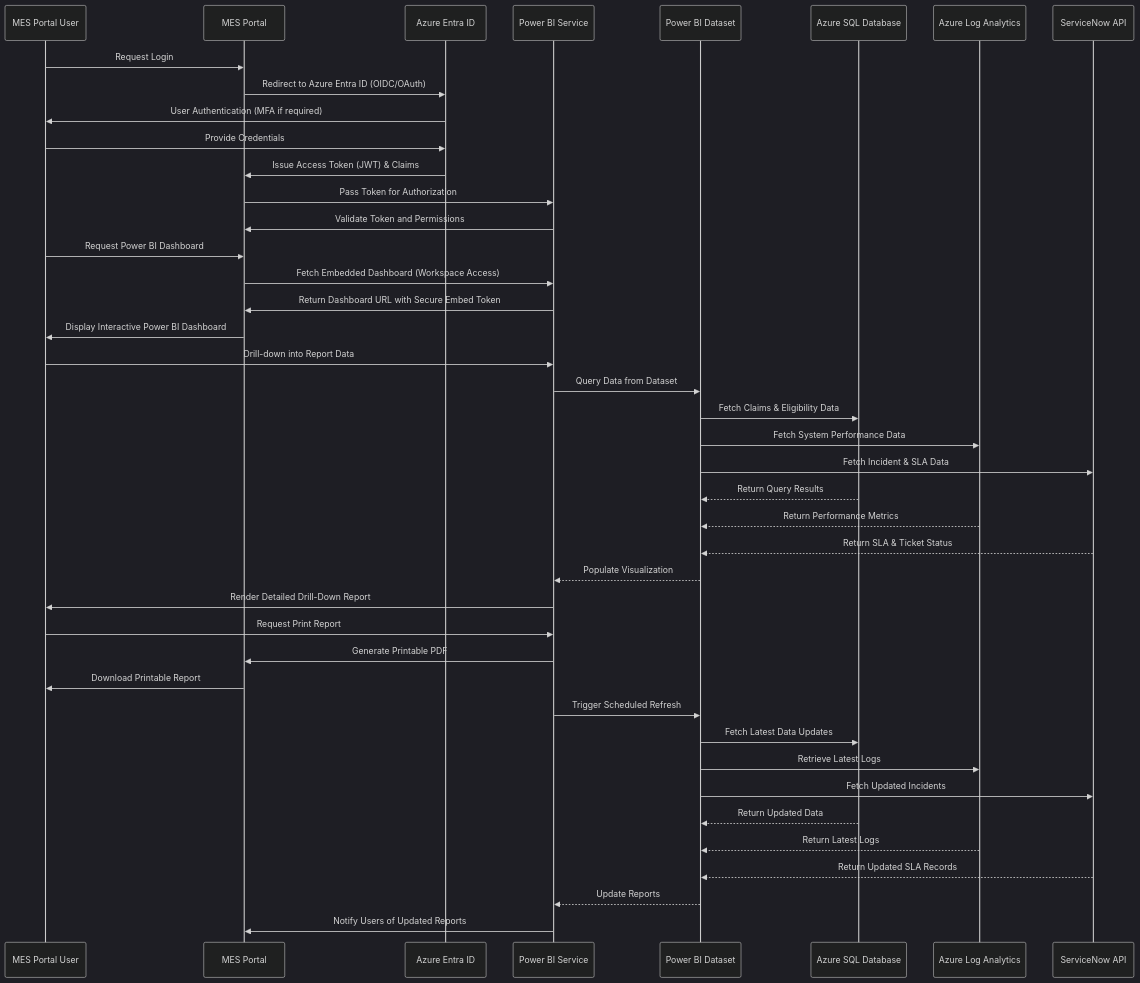
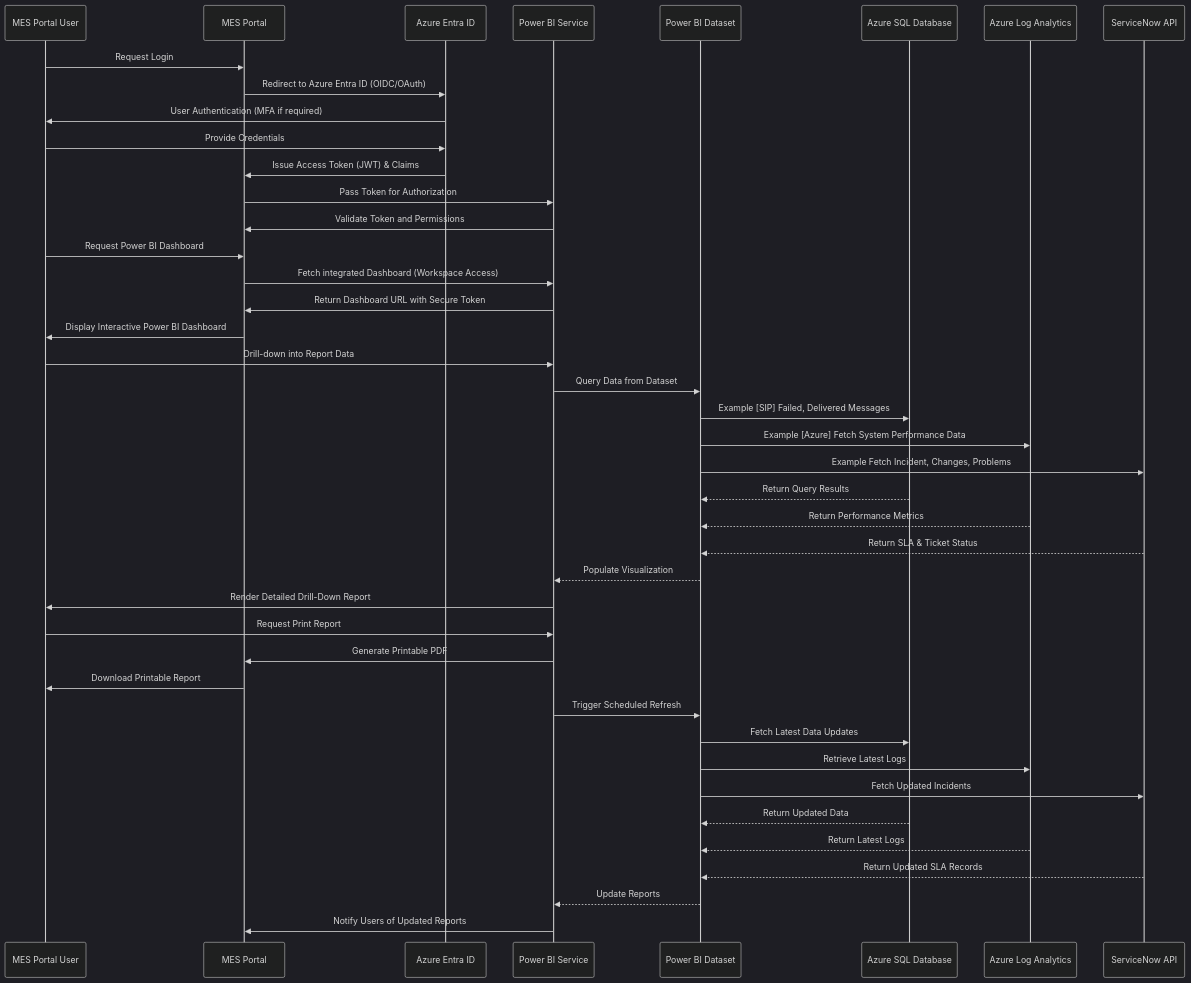
One commit to oigbokwe73/MuleSoft-Moveit-Azure-Data-Logging-Monitoring-Solution changed the first of 12 diagrams in README.md. Above: the diagram before and after it, drawn with Mermaid (dark theme).

````diff
--- a/README.md
+++ b/README.md
@@ -4,54 +4,54 @@
 ```mermaid
 sequenceDiagram
     participant User as MES Portal User
     participant MES as MES Portal
     participant AzureAD as Azure Entra ID
     participant PowerBI as Power BI Service
     participant Dataset as Power BI Dataset
     participant SQL as Azure SQL Database
     participant LogAnalytics as Azure Log Analytics
     participant ServiceNow as ServiceNow API
 
     %% Step 1: Authentication & Authorization
     User->>MES: Request Login
     MES->>AzureAD: Redirect to Azure Entra ID (OIDC/OAuth)
     AzureAD->>User: User Authentication (MFA if required)
     User->>AzureAD: Provide Credentials
     AzureAD->>MES: Issue Access Token (JWT) & Claims
     MES->>PowerBI: Pass Token for Authorization
     PowerBI->>MES: Validate Token and Permissions
 
     %% Step 2: Workspace Access & Report Viewing
     User->>MES: Request Power BI Dashboard
-    MES->>PowerBI: Fetch Embedded Dashboard (Workspace Access)
-    PowerBI->>MES: Return Dashboard URL with Secure Embed Token
+    MES->>PowerBI: Fetch integrated Dashboard (Workspace Access)
+    PowerBI->>MES: Return Dashboard URL with Secure Token
     MES->>User: Display Interactive Power BI Dashboard
 
     %% Step 3: Drill-Down & Print Reports
     User->>PowerBI: Drill-down into Report Data
     PowerBI->>Dataset: Query Data from Dataset
-    Dataset->>SQL: Fetch Claims & Eligibility Data
-    Dataset->>LogAnalytics: Fetch System Performance Data
-    Dataset->>ServiceNow: Fetch Incident & SLA Data
+    Dataset->>SQL: Example [SIP] Failed, Delivered Messages
+    Dataset->>LogAnalytics: Example [Azure] Fetch System Performance Data
+    Dataset->>ServiceNow: Example Fetch Incident, Changes, Problems
     SQL-->>Dataset: Return Query Results
     LogAnalytics-->>Dataset: Return Performance Metrics
     ServiceNow-->>Dataset: Return SLA & Ticket Status
     Dataset-->>PowerBI: Populate Visualization
     PowerBI->>User: Render Detailed Drill-Down Report
     User->>PowerBI: Request Print Report
     PowerBI->>MES: Generate Printable PDF
     MES->>User: Download Printable Report
 
     %% Step 4: Scheduled Auto Refresh
     PowerBI->>Dataset: Trigger Scheduled Refresh
     Dataset->>SQL: Fetch Latest Data Updates
     Dataset->>LogAnalytics: Retrieve Latest Logs
     Dataset->>ServiceNow: Fetch Updated Incidents
     SQL-->>Dataset: Return Updated Data
     LogAnalytics-->>Dataset: Return Latest Logs
     ServiceNow-->>Dataset: Return Updated SLA Records
     Dataset-->>PowerBI: Update Reports
     PowerBI->>MES: Notify Users of Updated Reports
 
     %% End of Sequence
 ```
````
